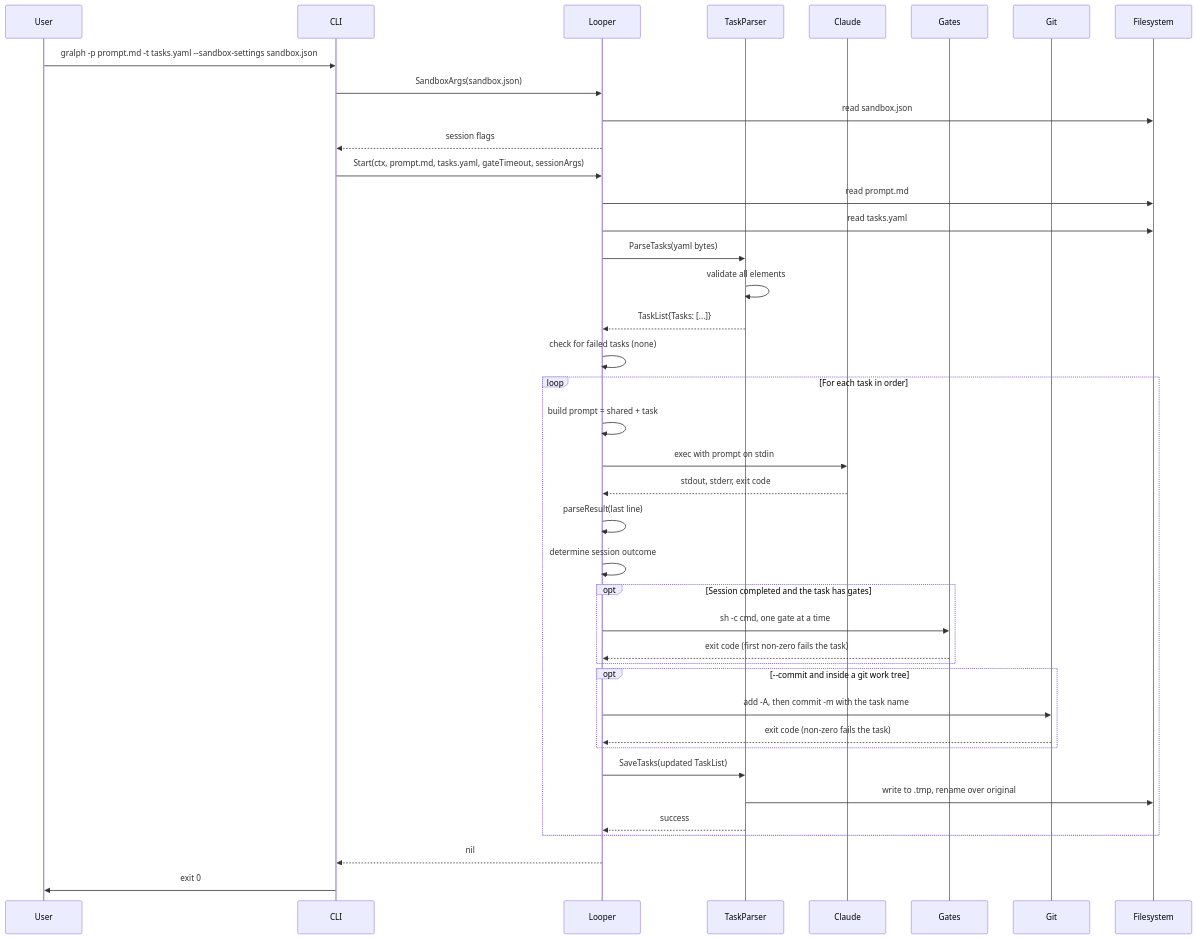
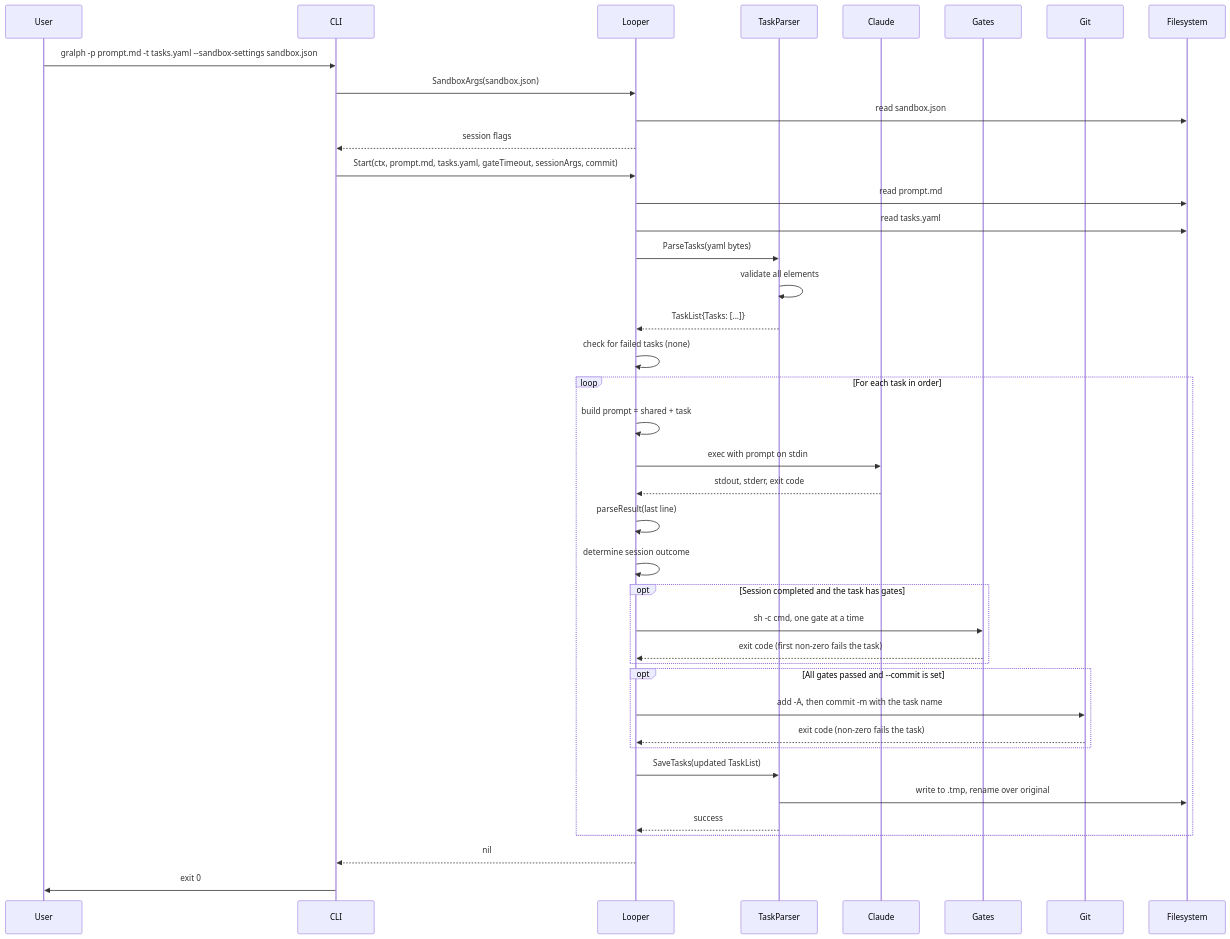
One commit to twistingmercury/gralph changed the second of 6 diagrams in docs/architecture/03_system_architecture.md. Above: the diagram before and after it, drawn with Mermaid. The commit also changed other lines of this file and 30 other files, not shown here.

````diff
--- a/docs/architecture/03_system_architecture.md
+++ b/docs/architecture/03_system_architecture.md
@@ -246,43 +249,43 @@
 ```mermaid
 sequenceDiagram
     participant User
     participant CLI
     participant Looper
     participant TaskParser
     participant Claude
     participant Gates
     participant Git
     participant Filesystem
 
     User->>CLI: gralph -p prompt.md -t tasks.yaml --sandbox-settings sandbox.json
     CLI->>Looper: SandboxArgs(sandbox.json)
     Looper->>Filesystem: read sandbox.json
     Looper-->>CLI: session flags
-    CLI->>Looper: Start(ctx, prompt.md, tasks.yaml, gateTimeout, sessionArgs)
+    CLI->>Looper: Start(ctx, prompt.md, tasks.yaml, gateTimeout, sessionArgs, commit)
     Looper->>Filesystem: read prompt.md
     Looper->>Filesystem: read tasks.yaml
     Looper->>TaskParser: ParseTasks(yaml bytes)
     TaskParser->>TaskParser: validate all elements
     TaskParser-->>Looper: TaskList{Tasks: [...]}
     Looper->>Looper: check for failed tasks (none)
     loop For each task in order
         Looper->>Looper: build prompt = shared + task
         Looper->>Claude: exec with prompt on stdin
         Claude-->>Looper: stdout, stderr, exit code
         Looper->>Looper: parseResult(last line)
         Looper->>Looper: determine session outcome
         opt Session completed and the task has gates
             Looper->>Gates: sh -c cmd, one gate at a time
             Gates-->>Looper: exit code (first non-zero fails the task)
         end
-        opt --commit and inside a git work tree
+        opt All gates passed and --commit is set
             Looper->>Git: add -A, then commit -m with the task name
             Git-->>Looper: exit code (non-zero fails the task)
         end
         Looper->>TaskParser: SaveTasks(updated TaskList)
         TaskParser->>Filesystem: write to .tmp, rename over original
         TaskParser-->>Looper: success
     end
     Looper-->>CLI: nil
     CLI->>User: exit 0
 ```
````
